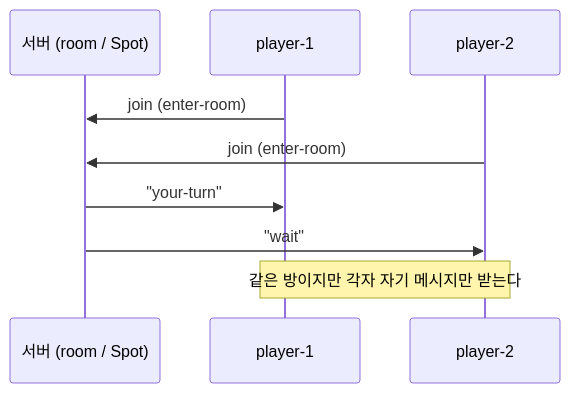
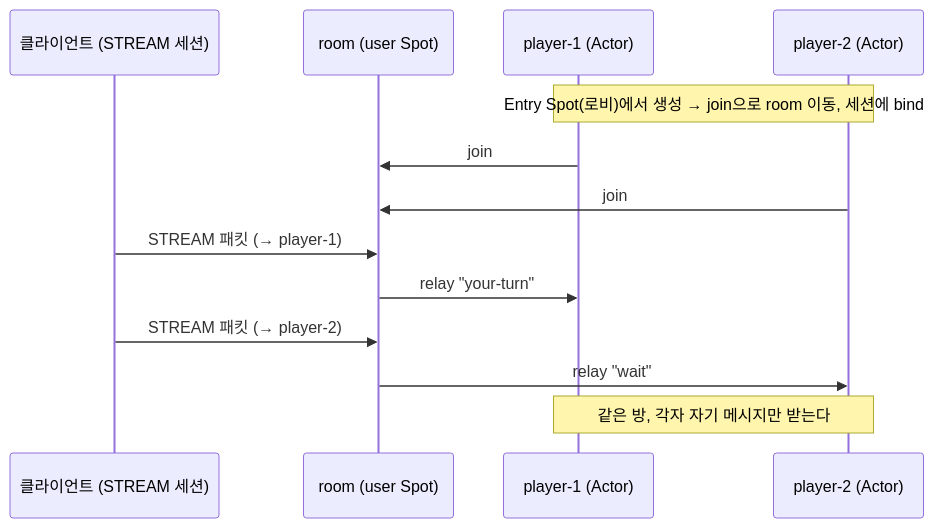
The first of 2 diagrams in doc/site/docs/guide/07-4-actor.ko.md (kairos-code-dev/zlink), drawn with Mermaid before and after one commit. The commit also changed other lines of this file and 14 other files, not shown here.

First line of the commit message:
docs(actor): correct delivery model + Entry Spot, sequential scenario

````diff
--- a/doc/site/docs/guide/07-4-actor.ko.md
+++ b/doc/site/docs/guide/07-4-actor.ko.md
@@ -54,12 +60,16 @@
 ```mermaid
 sequenceDiagram
-    participant S as 서버 (room / Spot)
-    participant P1 as player-1
-    participant P2 as player-2
+    participant C as 클라이언트 (STREAM 세션)
+    participant R as room (user Spot)
+    participant P1 as player-1 (Actor)
+    participant P2 as player-2 (Actor)
 
-    P1->>S: join (enter-room)
-    P2->>S: join (enter-room)
-    S->>P1: "your-turn"
-    S->>P2: "wait"
-    Note over P1,P2: 같은 방이지만 각자 자기 메시지만 받는다
+    Note over P1,P2: Entry Spot(로비)에서 생성 → join으로 room 이동, 세션에 bind
+    P1->>R: join
+    P2->>R: join
+    C->>R: STREAM 패킷 (→ player-1)
+    R->>P1: relay "your-turn"
+    C->>R: STREAM 패킷 (→ player-2)
+    R->>P2: relay "wait"
+    Note over P1,P2: 같은 방, 각자 자기 메시지만 받는다
 ```
````
